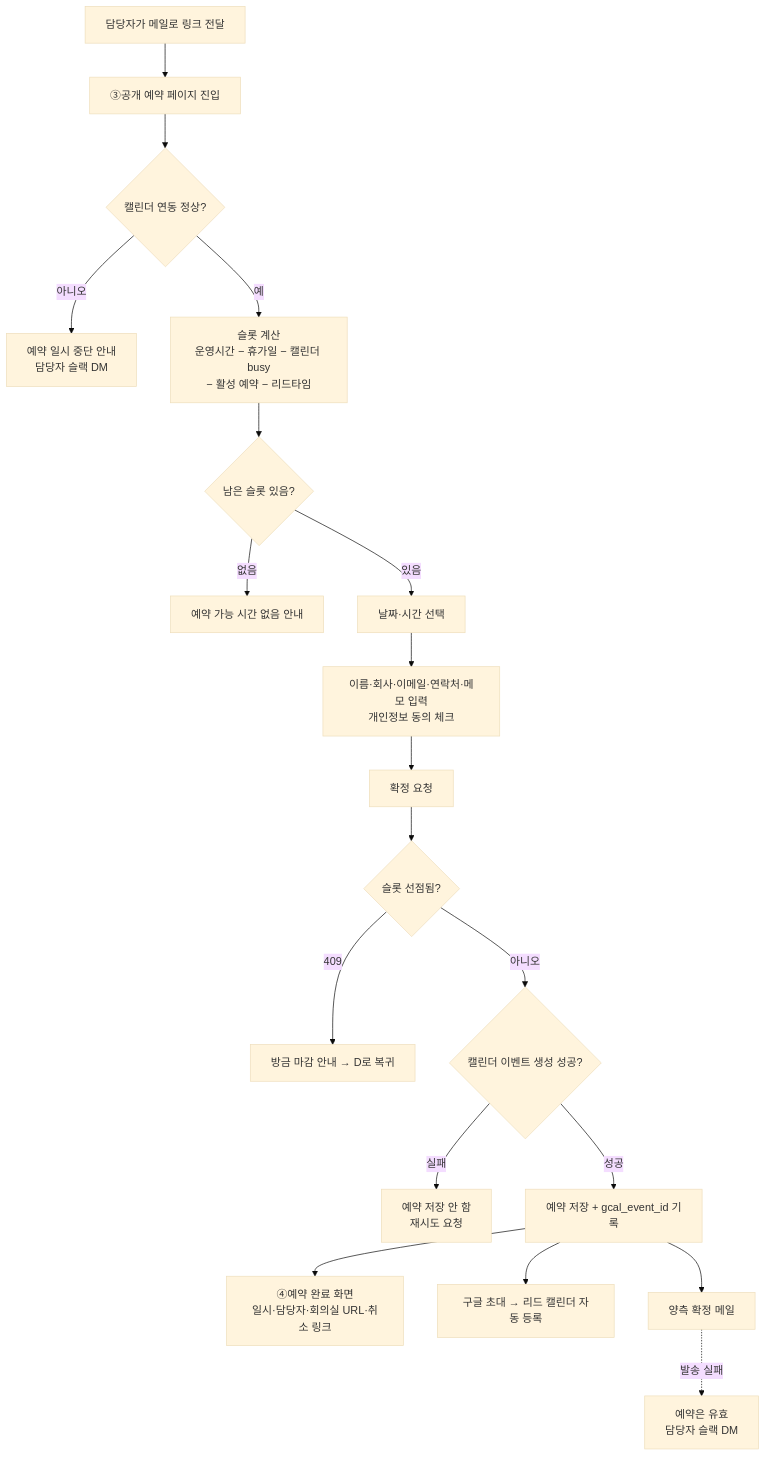
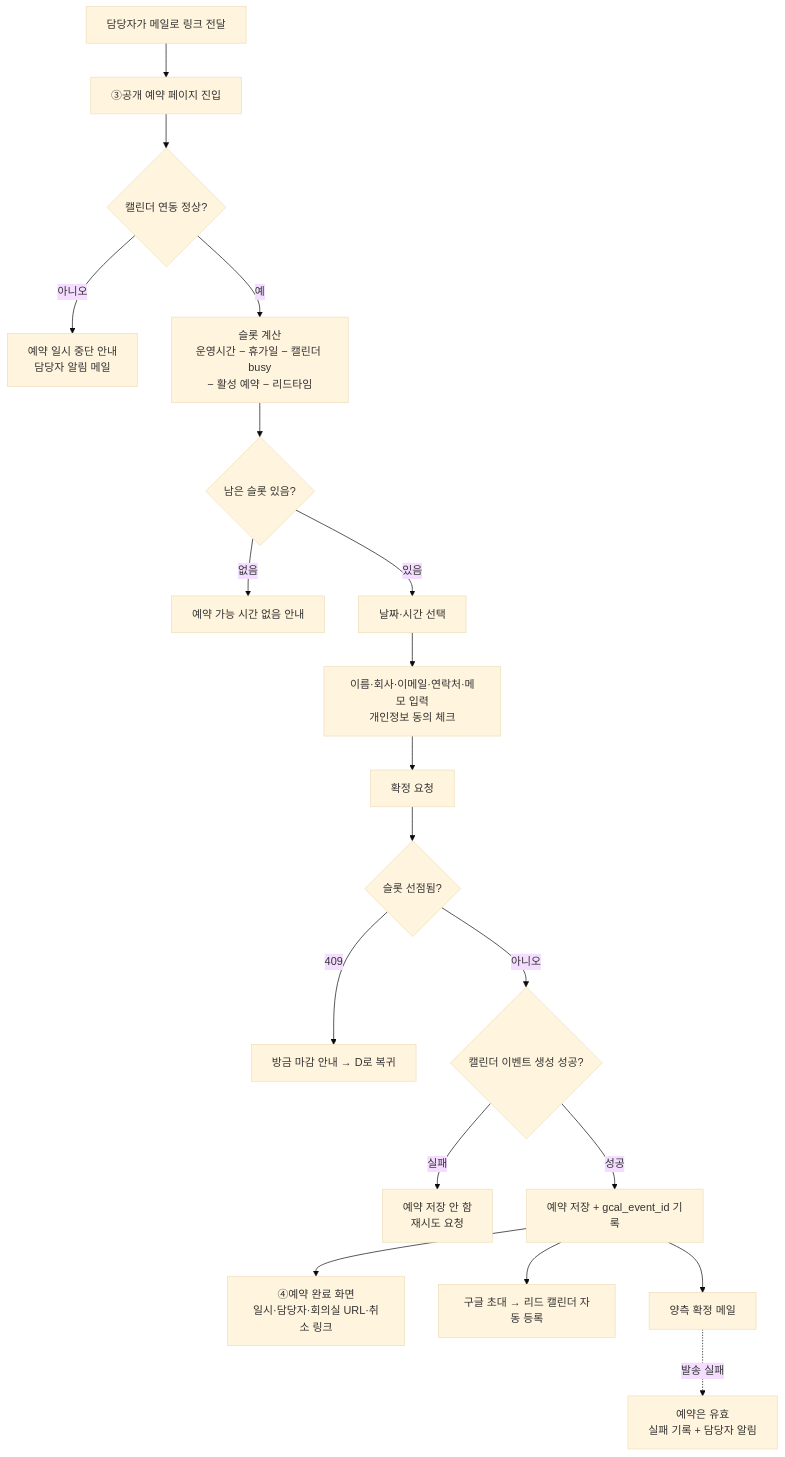
Before and after one commit to jhoon0524-backpack/backpackr: the diagram in docs/prd/meeting-scheduler.md, drawn with Mermaid (base theme). The commit also changed other lines of this file and 2 other files, not shown here.

````diff
--- a/docs/prd/meeting-scheduler.md
+++ b/docs/prd/meeting-scheduler.md
@@ -147,21 +147,21 @@
 ```mermaid
 flowchart TD
     A[담당자가 메일로 링크 전달] --> B[③공개 예약 페이지 진입]
     B --> C{캘린더 연동 정상?}
-    C -->|아니오| C1[예약 일시 중단 안내<br/>담당자 슬랙 DM]
+    C -->|아니오| C1[예약 일시 중단 안내<br/>담당자 알림 메일]
     C -->|예| D[슬롯 계산<br/>운영시간 − 휴가일 − 캘린더 busy<br/>− 활성 예약 − 리드타임]
     D --> E{남은 슬롯 있음?}
     E -->|없음| E1[예약 가능 시간 없음 안내]
     E -->|있음| F[날짜·시간 선택]
     F --> G[이름·회사·이메일·연락처·메모 입력<br/>개인정보 동의 체크]
     G --> H[확정 요청]
     H --> I{슬롯 선점됨?}
     I -->|409| I1[방금 마감 안내 → D로 복귀]
     I -->|아니오| J{캘린더 이벤트 생성 성공?}
     J -->|실패| J1[예약 저장 안 함<br/>재시도 요청]
     J -->|성공| K[예약 저장 + gcal_event_id 기록]
     K --> L[④예약 완료 화면<br/>일시·담당자·회의실 URL·취소 링크]
     K --> M[구글 초대 → 리드 캘린더 자동 등록]
     K --> N[양측 확정 메일]
-    N -.발송 실패.-> N1[예약은 유효<br/>담당자 슬랙 DM]
+    N -.발송 실패.-> N1[예약은 유효<br/>실패 기록 + 담당자 알림]
 ```
````
